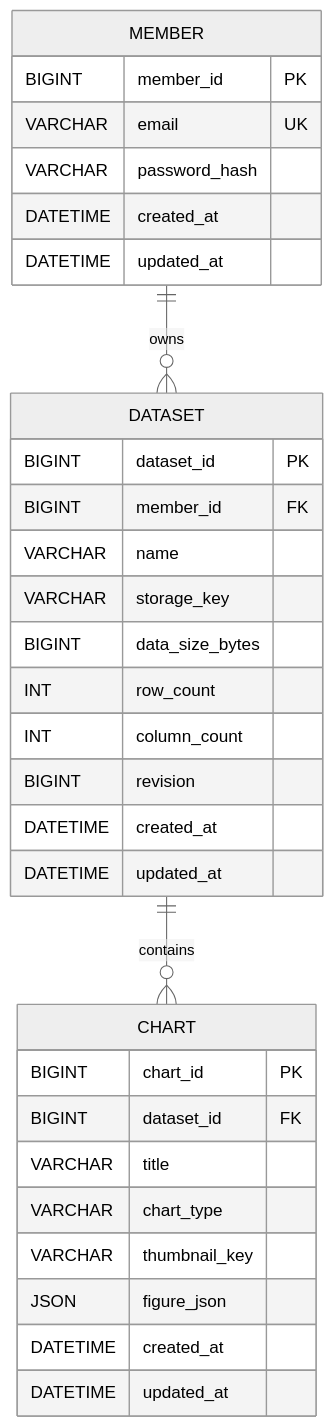
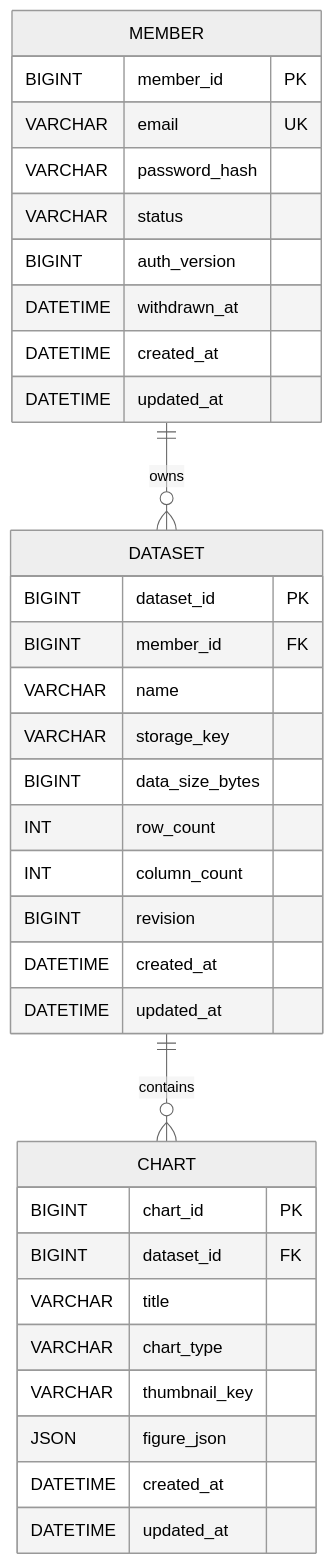
One commit to MAC-MakeAnimationChart/MAC-BE changed the diagram in docs/MVP_DESIGN.md. Above: the diagram before and after it, drawn with Mermaid (neutral theme). The commit also changed other lines of this file and 21 other files, not shown here.

````diff
--- a/docs/MVP_DESIGN.md
+++ b/docs/MVP_DESIGN.md
@@ -37,35 +39,38 @@
 ```mermaid
 erDiagram
     MEMBER ||--o{ DATASET : owns
     DATASET ||--o{ CHART : contains
 
     MEMBER {
         BIGINT member_id PK
         VARCHAR email UK
         VARCHAR password_hash
+        VARCHAR status
+        BIGINT auth_version
+        DATETIME withdrawn_at
         DATETIME created_at
         DATETIME updated_at
     }
     DATASET {
         BIGINT dataset_id PK
         BIGINT member_id FK
         VARCHAR name
         VARCHAR storage_key
         BIGINT data_size_bytes
         INT row_count
         INT column_count
         BIGINT revision
         DATETIME created_at
         DATETIME updated_at
     }
     CHART {
         BIGINT chart_id PK
         BIGINT dataset_id FK
         VARCHAR title
         VARCHAR chart_type
         VARCHAR thumbnail_key
         JSON figure_json
         DATETIME created_at
         DATETIME updated_at
     }
 ```
````
